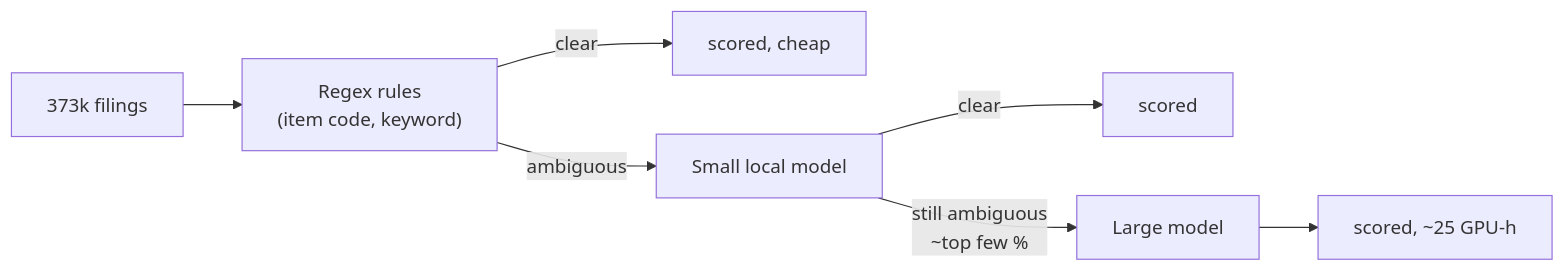
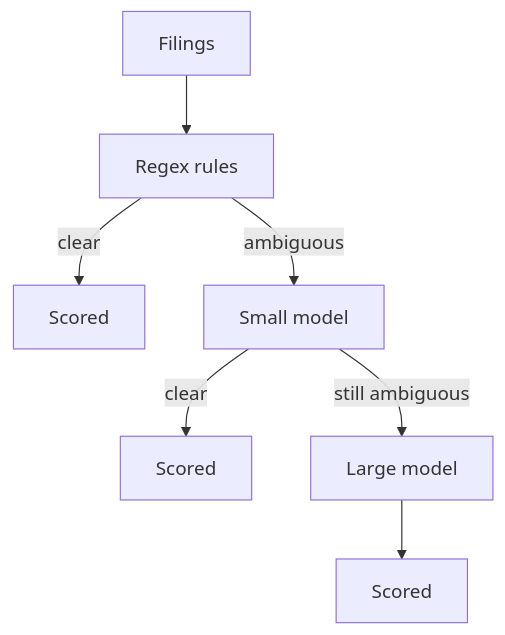
The sixth of 11 diagrams in docs/AGENTIC.md (nathan-au/fiam-2026-factors), drawn with Mermaid before and after one commit. The commit also changed other lines of this file, not shown here.

Commit message:
Update agent architectures

````diff
--- a/docs/AGENTIC.md
+++ b/docs/AGENTIC.md
@@ -65,9 +79,9 @@
 ```mermaid
-flowchart LR
-    A["373k filings"] --> R["Regex rules<br/>(item code, keyword)"]
-    R -->|"clear"| OUT1["scored, cheap"]
-    R -->|"ambiguous"| S["Small local model"]
-    S -->|"clear"| OUT2["scored"]
-    S -->|"still ambiguous<br/>~top few %"| L["Large model"]
-    L --> OUT3["scored, ~25 GPU-h"]
+flowchart TD
+    A["Filings"] --> R["Regex rules"]
+    R -->|"clear"| OUT1["Scored"]
+    R -->|"ambiguous"| S["Small model"]
+    S -->|"clear"| OUT2["Scored"]
+    S -->|"still ambiguous"| L["Large model"]
+    L --> OUT3["Scored"]
 ```
````
